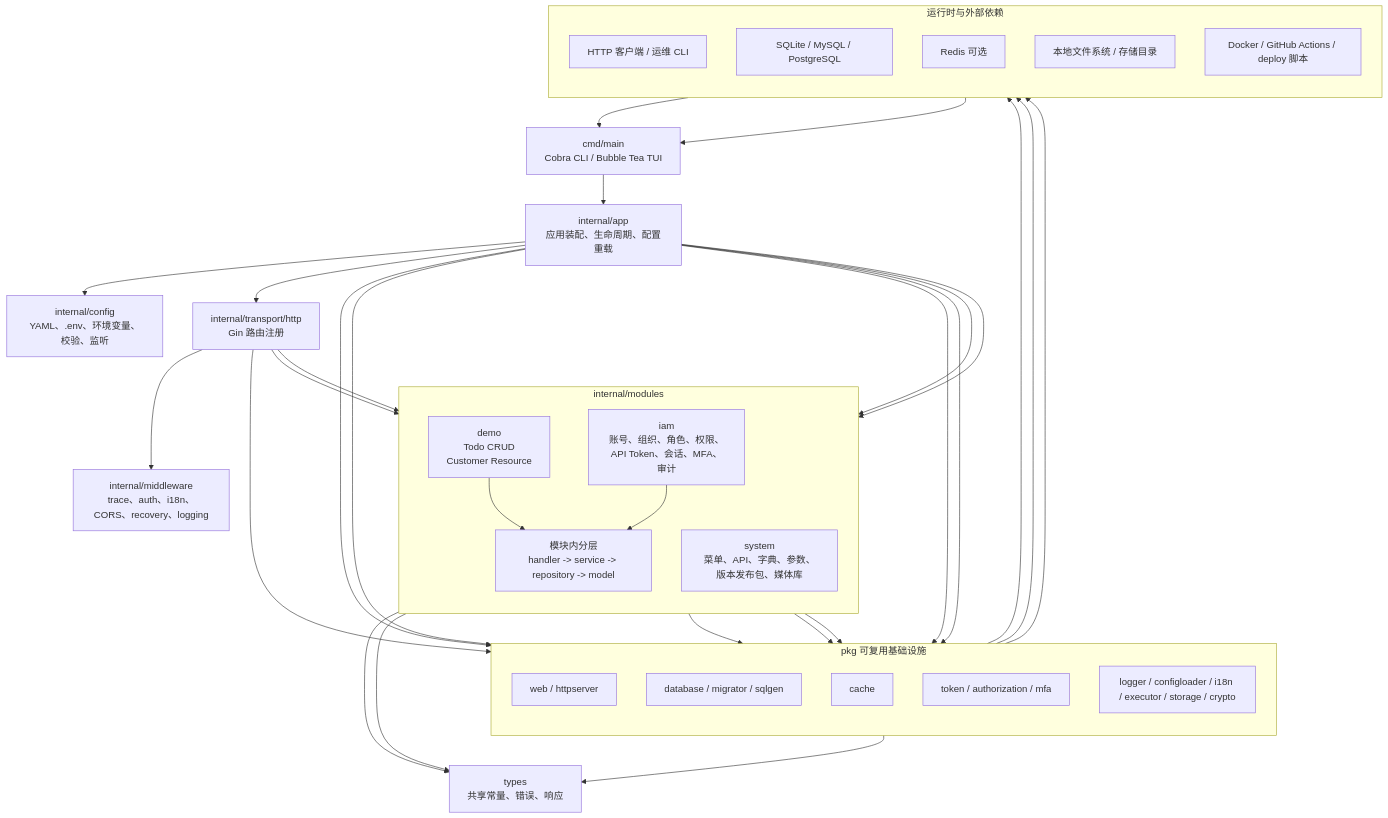
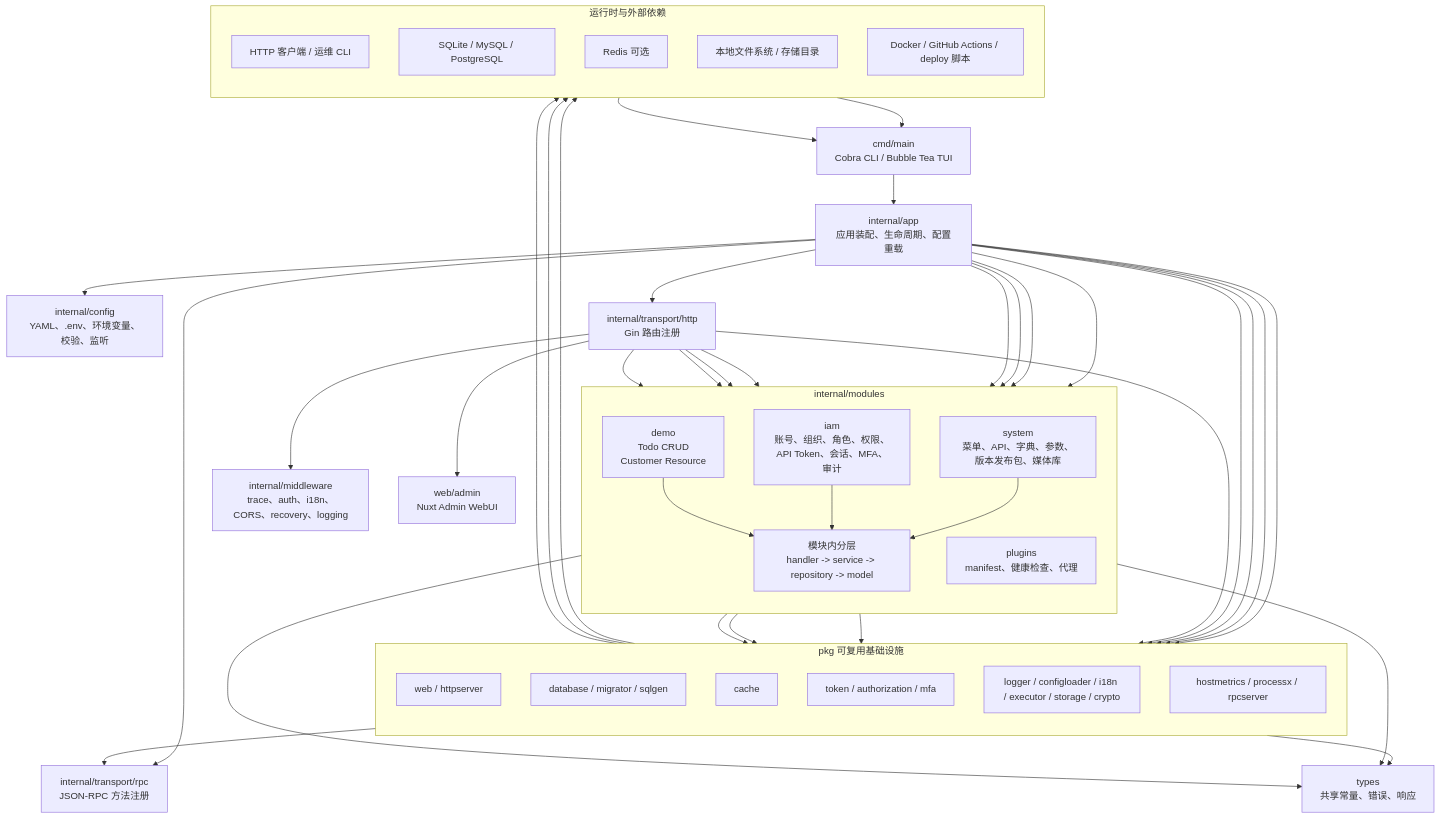
One commit to rin721/aoi-server changed the diagram in docs/README.md. Above: the diagram before and after it, drawn with Mermaid. The commit also changed other lines of this file and 42 other files, not shown here.

Commit message:
Document plugins, system, and RPC support

````diff
--- a/docs/README.md
+++ b/docs/README.md
@@ -48,62 +52,74 @@
 ```mermaid
 flowchart TB
   CLI["cmd/main<br/>Cobra CLI / Bubble Tea TUI"]
   App["internal/app<br/>应用装配、生命周期、配置重载"]
   Config["internal/config<br/>YAML、.env、环境变量、校验、监听"]
   HTTP["internal/transport/http<br/>Gin 路由注册"]
+  RPC["internal/transport/rpc<br/>JSON-RPC 方法注册"]
   Middleware["internal/middleware<br/>trace、auth、i18n、CORS、recovery、logging"]
   Types["types<br/>共享常量、错误、响应"]
+  WebUI["web/admin<br/>Nuxt Admin WebUI"]
 
   subgraph Modules["internal/modules"]
     direction TB
     Demo["demo<br/>Todo CRUD<br/>Customer Resource"]
     IAM["iam<br/>账号、组织、角色、权限、API Token、会话、MFA、审计"]
+    Plugins["plugins<br/>manifest、健康检查、代理"]
     System["system<br/>菜单、API、字典、参数、版本发布包、媒体库"]
     ModuleShape["模块内分层<br/>handler -> service -> repository -> model"]
   end
 
   subgraph Packages["pkg 可复用基础设施"]
     direction TB
     Web["web / httpserver"]
     DB["database / migrator / sqlgen"]
     Cache["cache"]
     Auth["token / authorization / mfa"]
     Infra["logger / configloader / i18n / executor / storage / crypto"]
+    Probe["hostmetrics / processx / rpcserver"]
   end
 
   subgraph Runtime["运行时与外部依赖"]
     direction TB
     Client["HTTP 客户端 / 运维 CLI"]
     Store["SQLite / MySQL / PostgreSQL"]
     Redis["Redis 可选"]
     Files["本地文件系统 / 存储目录"]
     Deploy["Docker / GitHub Actions / deploy 脚本"]
   end
 
   Client --> CLI
   CLI --> App
   App --> Config
   App --> Web
   App --> DB
   App --> Cache
   App --> Infra
   App --> Demo
   App --> IAM
   App --> HTTP
+  App --> RPC
+  App --> Plugins
+  App --> System
   HTTP --> Middleware
   HTTP --> Demo
   HTTP --> IAM
+  HTTP --> Plugins
+  HTTP --> System
+  HTTP --> WebUI
   Demo --> ModuleShape
   IAM --> ModuleShape
+  System --> ModuleShape
   ModuleShape --> DB
   IAM --> Auth
   IAM --> Cache
   HTTP --> Web
   Demo --> Types
   IAM --> Types
   Web --> Types
   DB --> Store
   Cache --> Redis
   Infra --> Files
+  Probe --> RPC
   Deploy --> CLI
 ```
````
